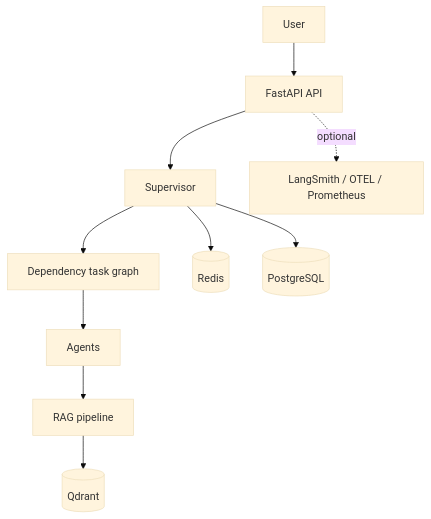
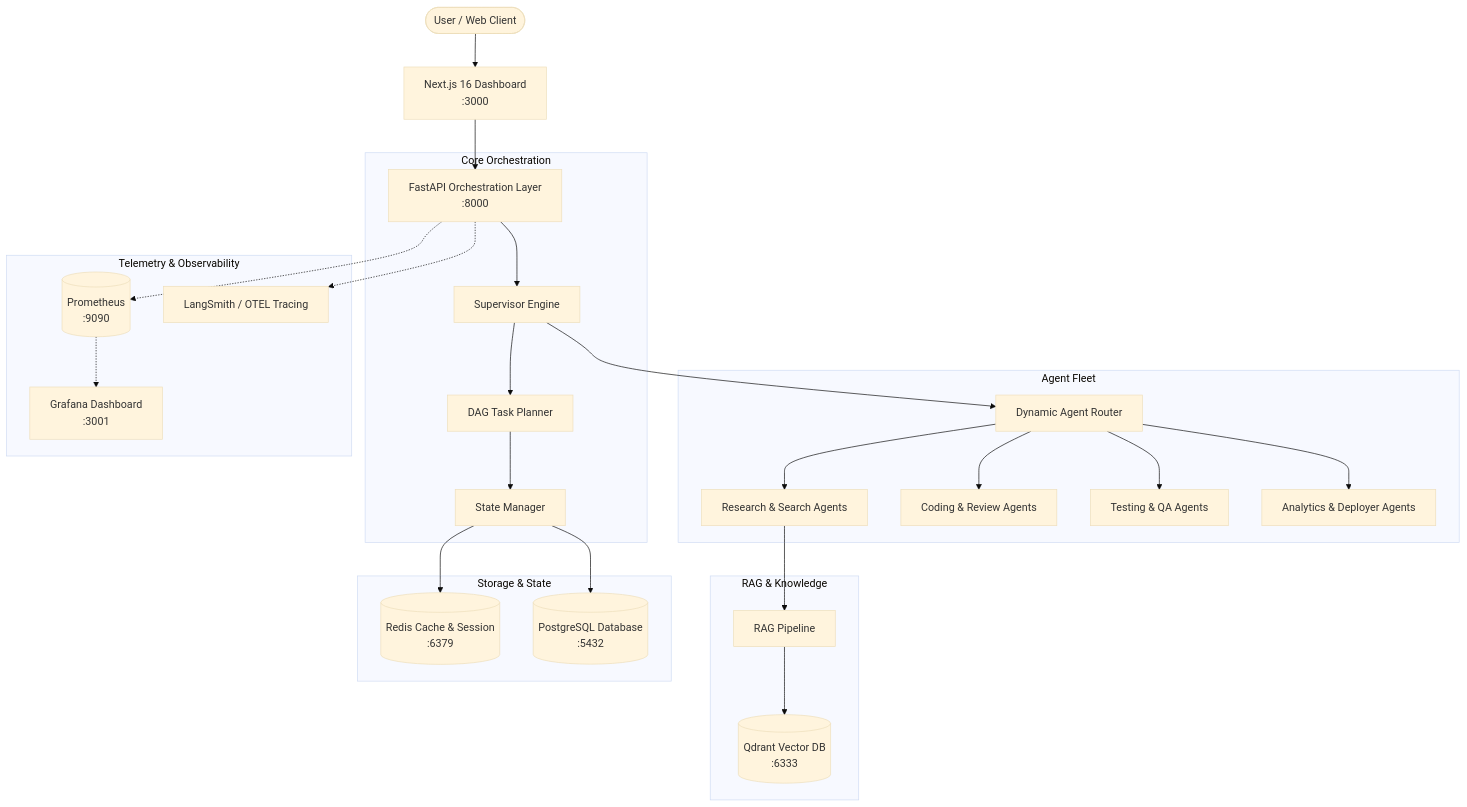
The diagram in README.md (KARTHIKKJ369/multi-agent-system), drawn with Mermaid (base theme) before and after one commit. The commit also changed other lines of this file, not shown here.

````diff
--- a/README.md
+++ b/README.md
@@ -7,9 +47,35 @@
 ```mermaid
 flowchart TD
-  User --> API[FastAPI API]
-  API --> Supervisor --> Graph[Dependency task graph] --> Agents
-  Agents --> RAG[RAG pipeline] --> Qdrant[(Qdrant)]
-  Supervisor --> Redis[(Redis)]
-  Supervisor --> Postgres[(PostgreSQL)]
-  API -. optional .-> Telemetry[LangSmith / OTEL / Prometheus]
+    User([User / Web Client]) --> Frontend[Next.js 16 Dashboard\n:3000]
+    Frontend --> API[FastAPI Orchestration Layer\n:8000]
+    
+    subgraph Core Orchestration
+        API --> Supervisor[Supervisor Engine]
+        Supervisor --> Planner[DAG Task Planner]
+        Planner --> StateMgr[State Manager]
+    end
+
+    subgraph Agent Fleet
+        Supervisor --> Router[Dynamic Agent Router]
+        Router --> Researcher[Research & Search Agents]
+        Router --> Coder[Coding & Review Agents]
+        Router --> Tester[Testing & QA Agents]
+        Router --> Analyst[Analytics & Deployer Agents]
+    end
+
+    subgraph RAG & Knowledge
+        Researcher --> RAG[RAG Pipeline]
+        RAG --> Qdrant[(Qdrant Vector DB\n:6333)]
+    end
+
+    subgraph Storage & State
+        StateMgr --> Redis[(Redis Cache & Session\n:6379)]
+        StateMgr --> Postgres[(PostgreSQL Database\n:5432)]
+    end
+
+    subgraph Telemetry & Observability
+        API -.-> Prometheus[(Prometheus\n:9090)]
+        Prometheus -.-> Grafana[Grafana Dashboard\n:3001]
+        API -.-> LangSmith[LangSmith / OTEL Tracing]
+    end
 ```
````
